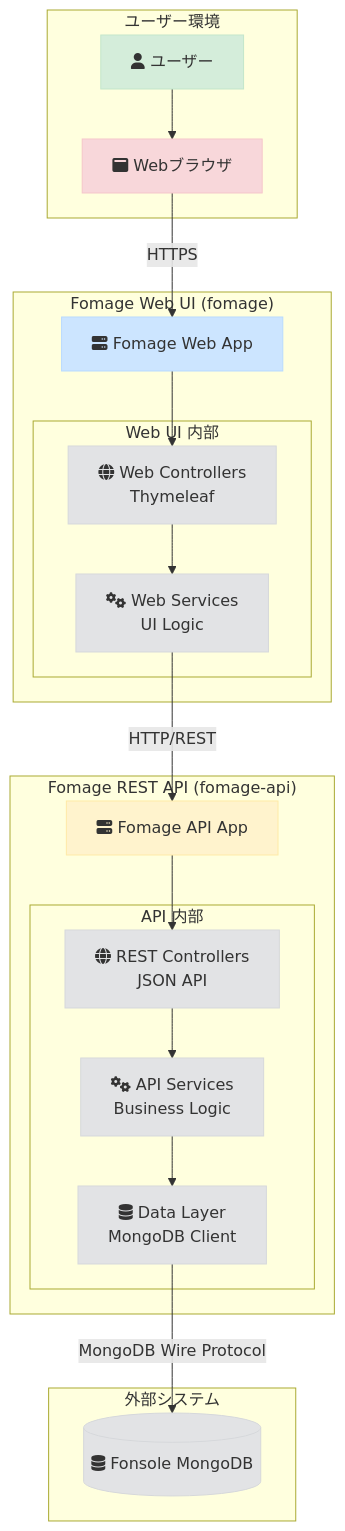
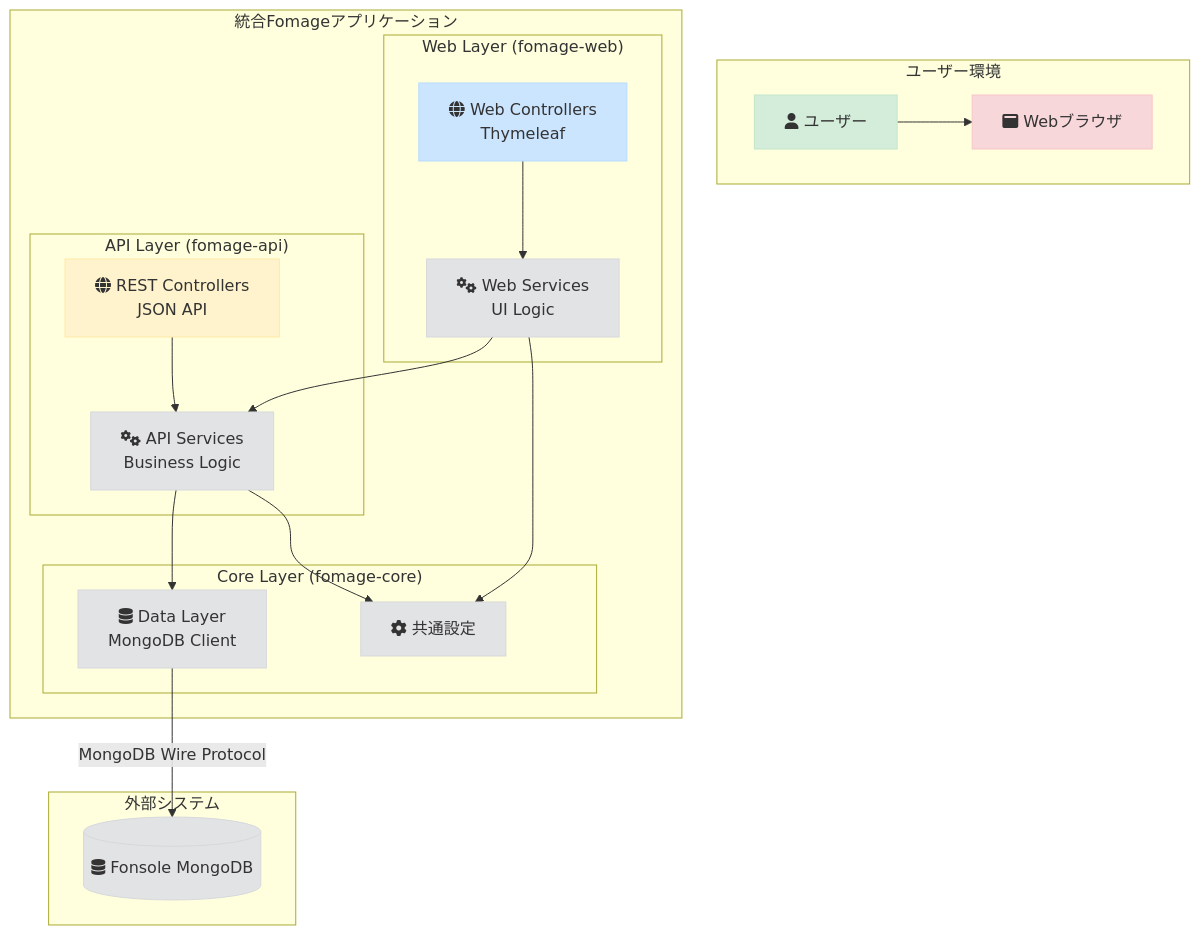
Before and after one commit to kigawa-net/fonsole-doc: the diagram in fomage/ARCHITECTURE.md, drawn with Mermaid. The commit also changed other lines of this file, not shown here.

Commit message:
Refactor architecture documentation for Fomage to reflect the integration of Web UI and REST API into a single Spring Boot application, update module structure, and clarify inter-module communication methods.

````diff
--- a/fomage/ARCHITECTURE.md
+++ b/fomage/ARCHITECTURE.md
@@ -18,43 +18,44 @@
 ```mermaid
 graph TD;
     subgraph "ユーザー環境"
         User[<i class='fa fa-user'></i> ユーザー] --> Browser[<i class='fa fa-window-maximize'></i> Webブラウザ];
     end
 
-    subgraph "Fomage Web UI (fomage)"
-        Browser -- "HTTPS" --> WebApp[<i class='fa fa-server'></i> Fomage Web App];
-        subgraph "Web UI 内部"
+    subgraph "統合Fomageアプリケーション"
+        subgraph "Web Layer (fomage-web)"
             WebController[<i class='fa fa-globe'></i> Web Controllers<br/>Thymeleaf];
             WebService[<i class='fa fa-cogs'></i> Web Services<br/>UI Logic];
         end
-        WebApp --> WebController;
-        WebController --> WebService;
-    end
-
-    subgraph "Fomage REST API (fomage-api)"
-        WebService -- "HTTP/REST" --> ApiApp[<i class='fa fa-server'></i> Fomage API App];
-        subgraph "API 内部"
+        
+        subgraph "API Layer (fomage-api)"
             ApiController[<i class='fa fa-globe'></i> REST Controllers<br/>JSON API];
             ApiService[<i class='fa fa-cogs'></i> API Services<br/>Business Logic];
+        end
+        
+        subgraph "Core Layer (fomage-core)"
             DataLayer[<i class='fa fa-database'></i> Data Layer<br/>MongoDB Client];
+            Config[<i class='fa fa-cog'></i> 共通設定];
         end
-        ApiApp --> ApiController;
+        
+        WebController --> WebService;
+        WebService --> ApiService;
         ApiController --> ApiService;
         ApiService --> DataLayer;
+        WebService --> Config;
+        ApiService --> Config;
     end
 
     subgraph "外部システム"
         DataLayer -- "MongoDB Wire Protocol" --> FonsoleDB[(<i class='fa fa-database'></i> Fonsole MongoDB)];
     end
 
     style User fill:#d4edda,stroke:#c3e6cb
     style Browser fill:#f8d7da,stroke:#f5c6cb
-    style WebApp fill:#cce5ff,stroke:#b8daff
-    style WebController fill:#e2e3e5,stroke:#d6d8db
+    style WebController fill:#cce5ff,stroke:#b8daff
     style WebService fill:#e2e3e5,stroke:#d6d8db
-    style ApiApp fill:#fff3cd,stroke:#ffeaa7
-    style ApiController fill:#e2e3e5,stroke:#d6d8db
+    style ApiController fill:#fff3cd,stroke:#ffeaa7
     style ApiService fill:#e2e3e5,stroke:#d6d8db
     style DataLayer fill:#e2e3e5,stroke:#d6d8db
+    style Config fill:#e2e3e5,stroke:#d6d8db
     style FonsoleDB fill:#e2e3e5,stroke:#d6d8db
 ```
````
